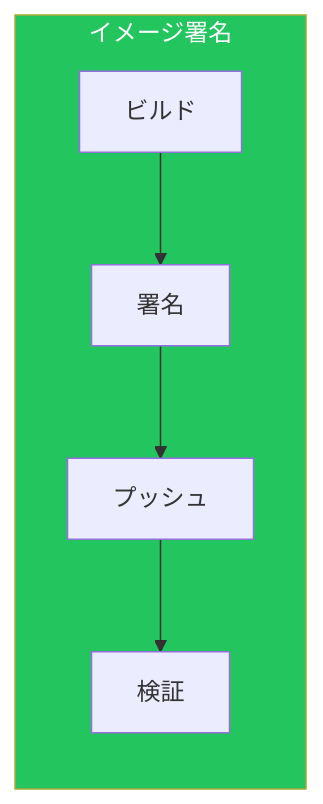
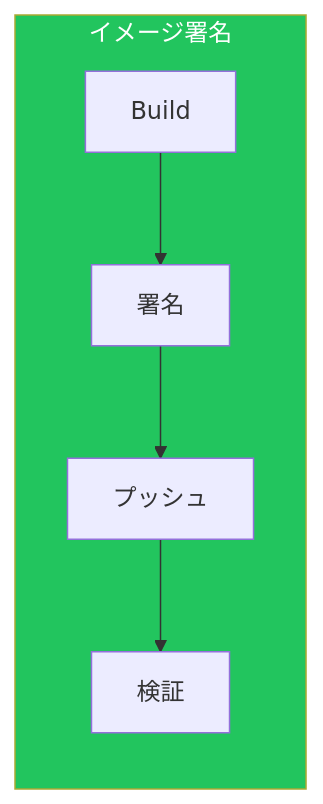
One commit to shunkus/shunku.net changed the fifth of 6 diagrams in content/blog/ja/aws-artifact-management.md. Above: the diagram before and after it, drawn with Mermaid. The commit also changed other lines of this file and 56 other files, not shown here.

````diff
--- a/content/blog/ja/aws-artifact-management.md
+++ b/content/blog/ja/aws-artifact-management.md
@@ -508,15 +508,15 @@
 ```mermaid
 flowchart LR
     subgraph Signing["イメージ署名"]
-        Build["ビルド"]
+        Build["Build"]
         Sign["署名"]
         Push["プッシュ"]
         Verify["検証"]
     end
 
     Build --> Sign
     Sign --> Push
     Push --> Verify
 
     style Signing fill:#22c55e,color:#fff
 ```
````
